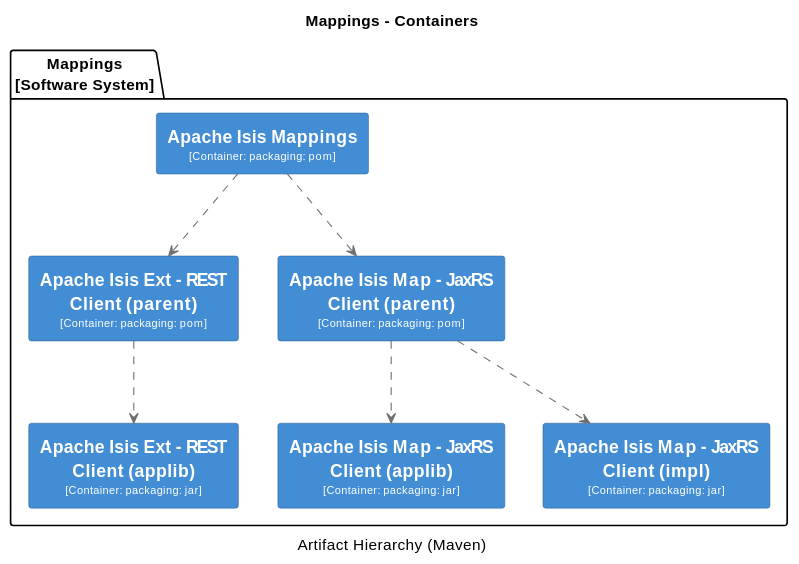
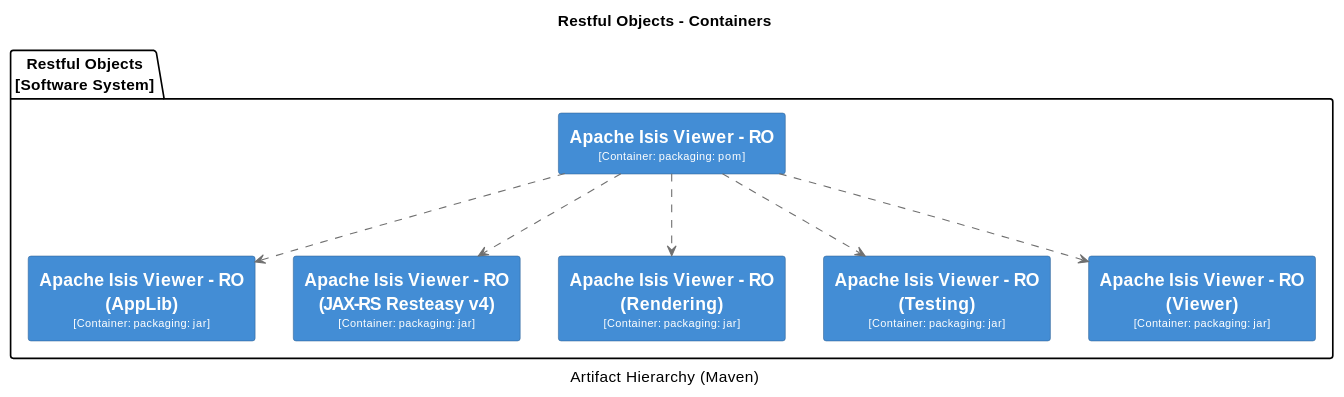
Before and after one commit to apache/causeway: diagram 14 of 37 in antora/components/system/modules/generated/pages/system-overview.adoc, drawn with PlantUML. The commit also changed other lines of this file and 10 other files, not shown here.

```diff
--- a/antora/components/system/modules/generated/pages/system-overview.adoc
+++ b/antora/components/system/modules/generated/pages/system-overview.adoc
@@ -952,59 +2005,59 @@
-[plantuml,Mappings,svg]
+[plantuml,Restful Objects,svg]
 ----
-@startuml(id=Mappings)
-title Mappings - Containers
+@startuml(id=Restful_Objects)
+title Restful Objects - Containers
 caption Artifact Hierarchy (Maven)
 
 skinparam {
   shadowing false
   arrowFontSize 10
   defaultTextAlignment center
   wrapWidth 200
   maxMessageSize 100
 }
 hide stereotype
 skinparam rectangle<<2>> {
   BackgroundColor #438dd5
   FontColor #fffffe
   BorderColor #2E6295
 }
 skinparam rectangle<<3>> {
   BackgroundColor #438dd5
   FontColor #fffffe
   BorderColor #2E6295
 }
 skinparam rectangle<<4>> {
   BackgroundColor #438dd5
   FontColor #fffffe
   BorderColor #2E6295
 }
 skinparam rectangle<<5>> {
   BackgroundColor #438dd5
   FontColor #fffffe
   BorderColor #2E6295
 }
 skinparam rectangle<<6>> {
   BackgroundColor #438dd5
   FontColor #fffffe
   BorderColor #2E6295
 }
 skinparam rectangle<<7>> {
   BackgroundColor #438dd5
   FontColor #fffffe
   BorderColor #2E6295
 }
-package "Mappings\n[Software System]" {
-  rectangle "==Apache Isis Ext - REST Client (applib)\n<size:10>[Container: packaging: jar]</size>" <<7>> as 7
-  rectangle "==Apache Isis Ext - REST Client (parent)\n<size:10>[Container: packaging: pom]</size>" <<6>> as 6
-  rectangle "==Apache Isis Map - JaxRS Client (applib)\n<size:10>[Container: packaging: jar]</size>" <<4>> as 4
-  rectangle "==Apache Isis Map - JaxRS Client (impl)\n<size:10>[Container: packaging: jar]</size>" <<5>> as 5
-  rectangle "==Apache Isis Map - JaxRS Client (parent)\n<size:10>[Container: packaging: pom]</size>" <<3>> as 3
-  rectangle "==Apache Isis Mappings\n<size:10>[Container: packaging: pom]</size>" <<2>> as 2
+package "Restful Objects\n[Software System]" {
+  rectangle "==Apache Isis Viewer - RO\n<size:10>[Container: packaging: pom]</size>" <<2>> as 2
+  rectangle "==Apache Isis Viewer - RO (AppLib)\n<size:10>[Container: packaging: jar]</size>" <<3>> as 3
+  rectangle "==Apache Isis Viewer - RO (JAX-RS Resteasy v4)\n<size:10>[Container: packaging: jar]</size>" <<4>> as 4
+  rectangle "==Apache Isis Viewer - RO (Rendering)\n<size:10>[Container: packaging: jar]</size>" <<5>> as 5
+  rectangle "==Apache Isis Viewer - RO (Testing)\n<size:10>[Container: packaging: jar]</size>" <<6>> as 6
+  rectangle "==Apache Isis Viewer - RO (Viewer)\n<size:10>[Container: packaging: jar]</size>" <<7>> as 7
 }
-6 .[#707070].> 7 : ""
-3 .[#707070].> 4 : ""
-3 .[#707070].> 5 : ""
+2 .[#707070].> 3 : ""
+2 .[#707070].> 4 : ""
+2 .[#707070].> 5 : ""
 2 .[#707070].> 6 : ""
-2 .[#707070].> 3 : ""
+2 .[#707070].> 7 : ""
 @enduml
 ----
```
